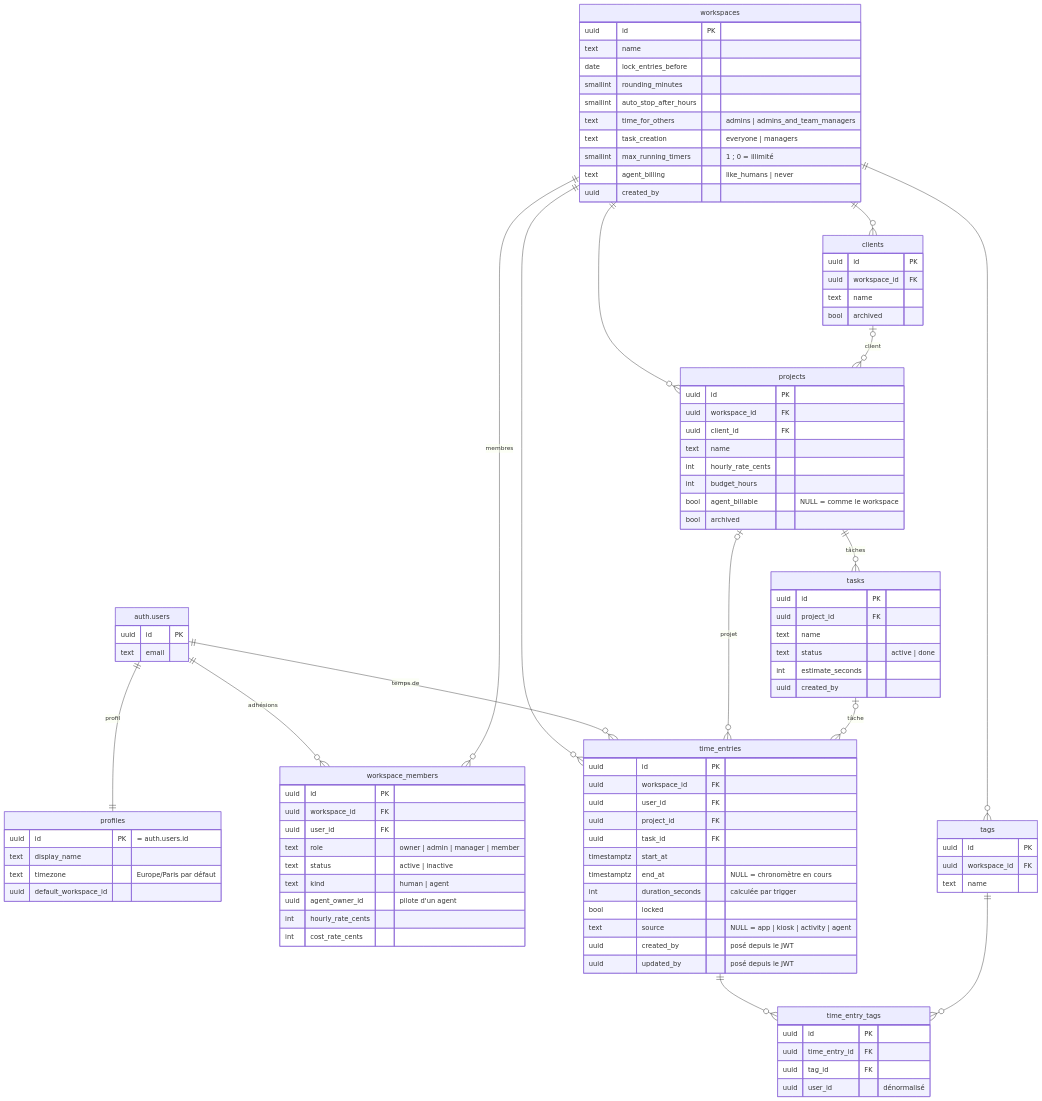
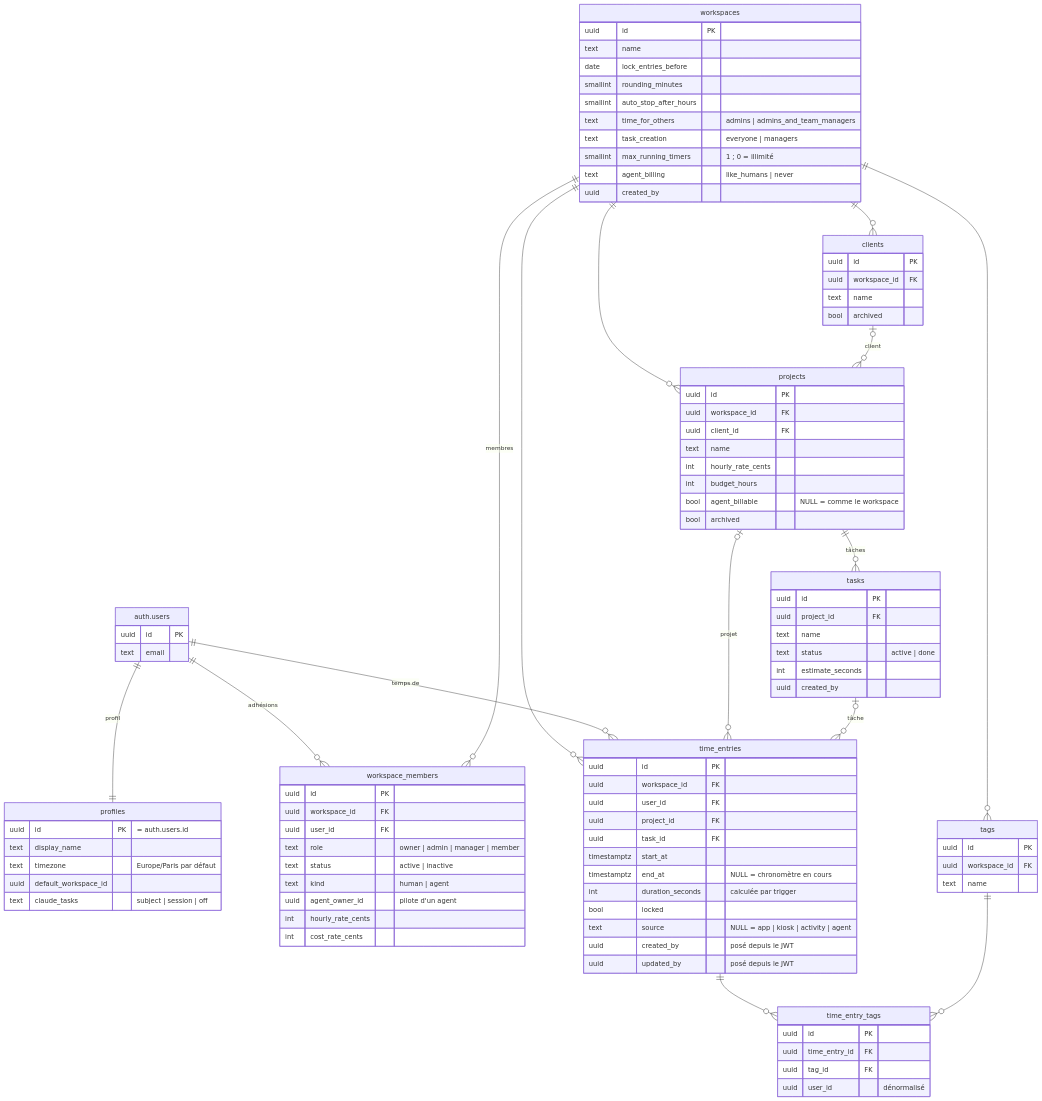
One commit to ysimonx/Clockifai changed the first of 3 diagrams in docs/architecture/donnees.md. Above: the diagram before and after it, drawn with Mermaid. The commit also changed other lines of this file and 21 other files, not shown here.

```diff
--- a/docs/architecture/donnees.md
+++ b/docs/architecture/donnees.md
@@ -46,6 +46,7 @@
     text display_name
     text timezone "Europe/Paris par défaut"
     uuid default_workspace_id
+    text claude_tasks "subject | session | off"
   }
   workspaces {
     uuid id PK
```
